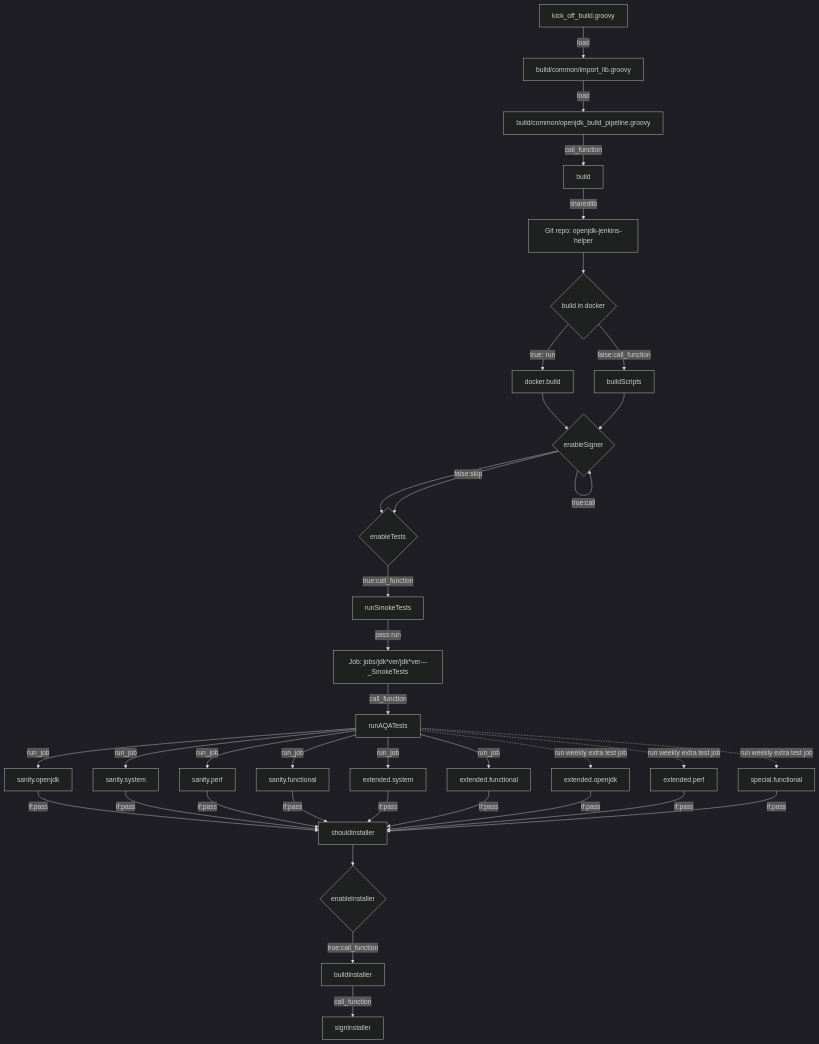
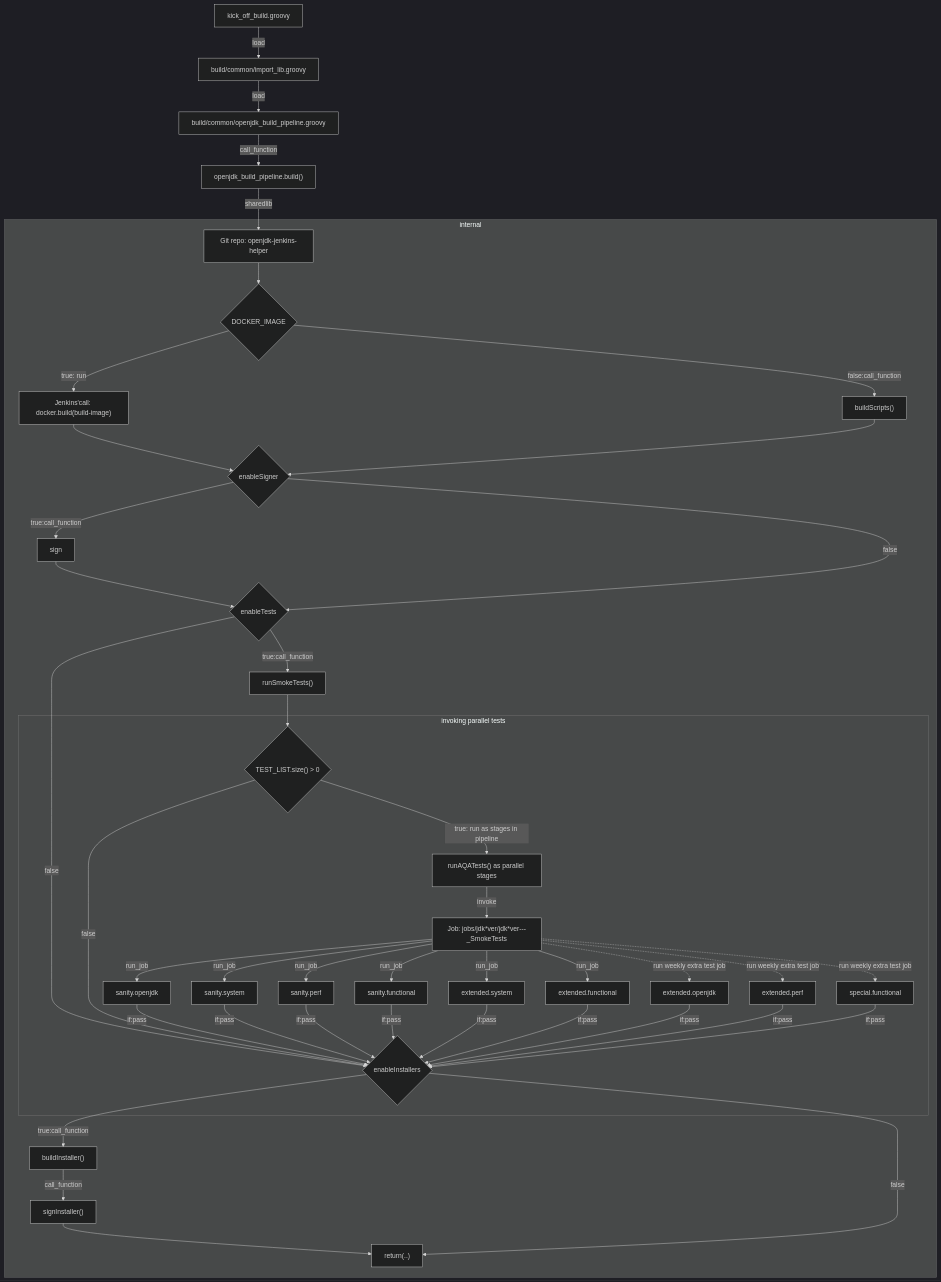
One commit to adoptium/ci-jenkins-pipelines changed the eighth of 12 diagrams in docs/diagram.md. Above: the diagram before and after it, drawn with Mermaid (dark theme).

Commit message:
doc: clear diagram in aqatest part

````diff
--- a/docs/diagram.md
+++ b/docs/diagram.md
@@ -91,32 +91,58 @@
 ```mermaid
+
 flowchart TD
-starter[kick_off_build.groovy] --load--> import[build/common/import_lib.groovy] --load--> Load1[build/common/openjdk_build_pipeline.groovy] --call_function--> Builder[build] 
-Builder --sharedlib --> 
-Load3[Git repo: openjdk-jenkins-helper] --> docker{build in docker}
-docker --true: run--> dockerbuild[docker.build] --> sign
-docker --false:call_function--> CallbuildScript[buildScripts] --> sign{enableSigner} --true:call--> sign[sign] --> testStage{enableTests}
-sign{enableSigner} --false:skip --> testStage --true:call_function--> smoketest[runSmokeTests] --pass:run-->
-smoke[Job: jobs/jdk*ver/jdk*ver-<os>-<arch>-<variant>_SmokeTests] --call_function--> Stage2[runAQATests]
 
-Stage2 --run_job--> sanity1[sanity.openjdk]
-Stage2 --run_job--> sanity2[sanity.system]
-Stage2 --run_job--> sanity3[sanity.perf]
-Stage2 --run_job--> sanity4[sanity.functional]
-Stage2 --run_job--> extended1[extended.system]
-Stage2 --run_job--> extended2[extended.functional]
-Stage2 -.->|run weekly extra test job| weekly1[extended.openjdk]
-Stage2 -.->|run weekly extra test job| weekly2[extended.perf]
-Stage2 -.->|run weekly extra test job| weekly3[special.functional]
+starter[kick_off_build.groovy] --load--> import[build/common/import_lib.groovy] --load--> Load1[build/common/openjdk_build_pipeline.groovy] --call_function--> Builder["openjdk_build_pipeline.build()"]
+Builder --sharedlib --> Load3[Git repo: openjdk-jenkins-helper]
+
+subgraph internal
+
+Load3 --> docker{"DOCKER_IMAGE"}
+
+docker --true: run--> dockerbuild["Jenkins'call: docker.build(build-image)"] --> sign
+
+docker --false:call_function--> CallbuildScript["buildScripts()"] --> sign{enableSigner} --true:call_function--> sign2[sign] --> testStage{enableTests}
+
+sign{enableSigner} --"false" --> testStage
+
+testStage --"true:call_function"--> smoketest["runSmokeTests()"] --> parallel{"TEST_LIST.size() > 0"}
+testStage --"false"--> shouldInstaller
+parallel --"false"--> shouldInstaller
+
+subgraph invoking parallel tests
+
+parallel --"true: run as stages in pipeline"-->
+Stage2["runAQATests() as parallel stages"] --"invoke"-->
+smokes[Job: jobs/jdk*ver/jdk*ver-<os>-<arch>-<variant>_SmokeTests]
+
+smokes --run_job--> sanity1[sanity.openjdk]
+smokes --run_job--> sanity2[sanity.system]
+smokes --run_job--> sanity3[sanity.perf]
+smokes --run_job--> sanity4[sanity.functional]
+smokes --run_job--> extended1[extended.system]
+smokes --run_job--> extended2[extended.functional]
+smokes -.->|run weekly extra test job| weekly1[extended.openjdk]
+smokes -.->|run weekly extra test job| weekly2[extended.perf]
+smokes -.->|run weekly extra test job| weekly3[special.functional]
 
 sanity1 --if:pass--> shouldInstaller
 sanity2 --if:pass--> shouldInstaller
 sanity3 --if:pass--> shouldInstaller
 sanity4 --if:pass--> shouldInstaller
 extended1 --if:pass--> shouldInstaller
 extended2 --if:pass--> shouldInstaller
 weekly1 -->|if:pass| shouldInstaller
-weekly2  -->|if:pass| shouldInstaller
-weekly3  -->|if:pass| shouldInstaller
+weekly2 -->|if:pass| shouldInstaller
+weekly3 -->|if:pass| shouldInstaller
 
-shouldInstaller --> install{enableInstaller} --true:call_function--> bI[buildInstaller] --call_function--> sI[signInstaller]
+end
+
+shouldInstaller{"enableInstallers"} --true:call_function--> bI["buildInstaller()"] --call_function--> sI["signInstaller()"] --> done
+
+shouldInstaller --"false"--> done
+
+end
+
+done["return(..)"]
+
 ```
````
